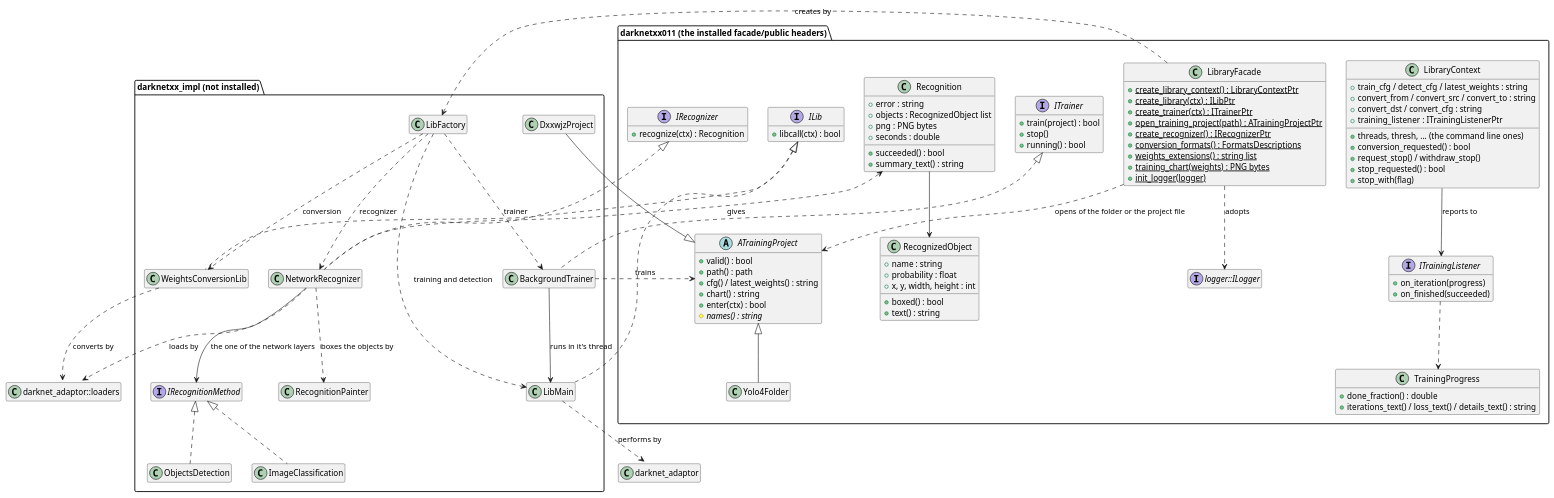
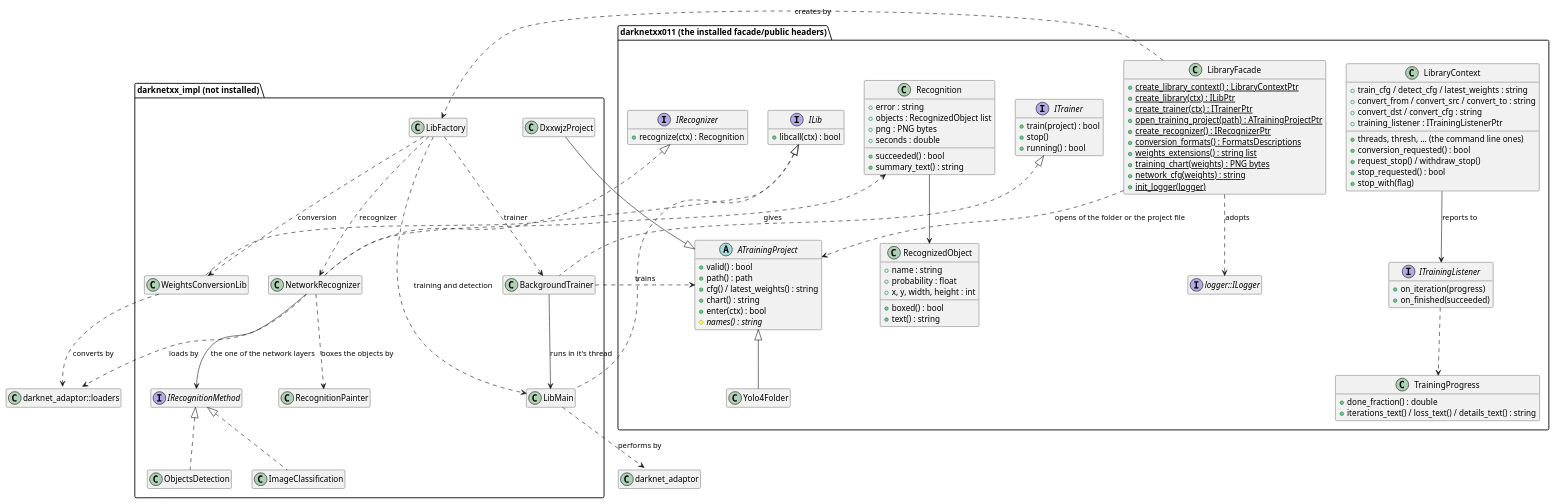
Before and after one commit to yuriysydor1991/darknetxx: the diagram in doc/sections/en_US/4-7-5-the-darknetxx-library.md, drawn with PlantUML. The commit also changed other lines of this file and 20 other files, not shown here.

```diff
--- a/doc/sections/en_US/4-7-5-the-darknetxx-library.md
+++ b/doc/sections/en_US/4-7-5-the-darknetxx-library.md
@@ -28,6 +28,7 @@
     +{static} conversion_formats() : FormatsDescriptions
     +{static} weights_extensions() : string list
     +{static} training_chart(weights) : PNG bytes
+    +{static} network_cfg(weights) : string
     +{static} init_logger(logger)
   }
 
```
